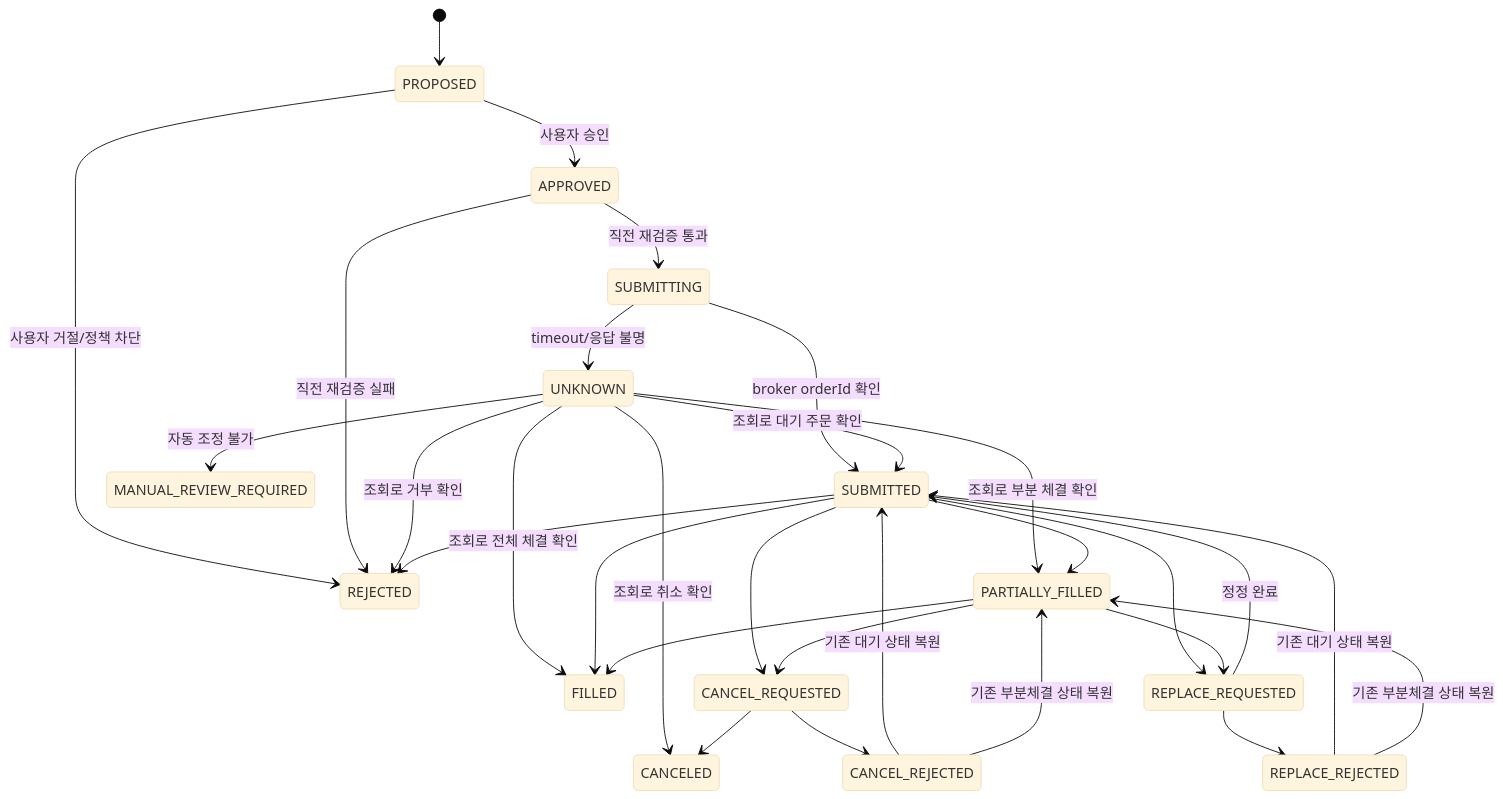
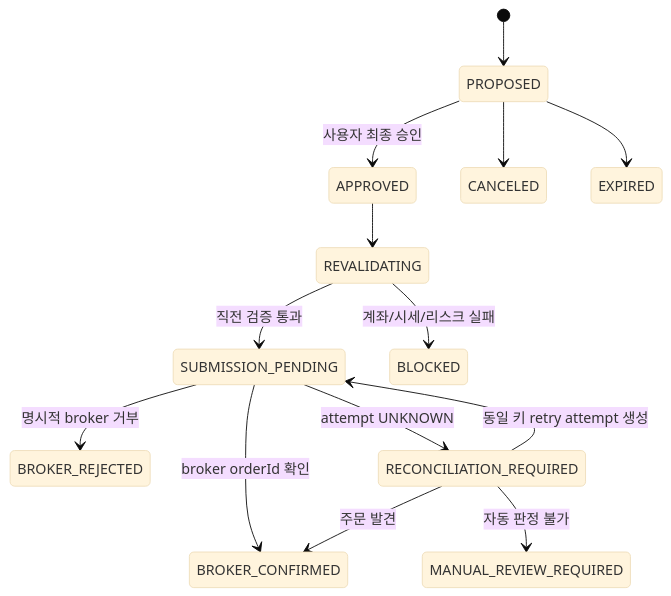
The second of 4 diagrams in docs/superpowers/specs/2026-07-26-us-equity-trading-platform-design.md (jmj732/Toss_Trade_System), drawn with Mermaid (base theme) before and after one commit. The commit also changed other lines of this file, not shown here.

Commit message:
docs: harden live trading order ledger

````diff
--- a/docs/superpowers/specs/2026-07-26-us-equity-trading-platform-design.md
+++ b/docs/superpowers/specs/2026-07-26-us-equity-trading-platform-design.md
@@ -647,32 +772,16 @@
 ```mermaid
 stateDiagram-v2
     [*] --> PROPOSED
-    PROPOSED --> APPROVED: 사용자 승인
-    PROPOSED --> REJECTED: 사용자 거절/정책 차단
-    APPROVED --> SUBMITTING: 직전 재검증 통과
-    APPROVED --> REJECTED: 직전 재검증 실패
-    SUBMITTING --> SUBMITTED: broker orderId 확인
-    SUBMITTING --> UNKNOWN: timeout/응답 불명
-    UNKNOWN --> SUBMITTED: 조회로 대기 주문 확인
-    UNKNOWN --> PARTIALLY_FILLED: 조회로 부분 체결 확인
-    UNKNOWN --> FILLED: 조회로 전체 체결 확인
-    UNKNOWN --> CANCELED: 조회로 취소 확인
-    UNKNOWN --> REJECTED: 조회로 거부 확인
-    UNKNOWN --> MANUAL_REVIEW_REQUIRED: 자동 조정 불가
-    SUBMITTED --> PARTIALLY_FILLED
-    SUBMITTED --> FILLED
-    SUBMITTED --> REJECTED
-    SUBMITTED --> CANCEL_REQUESTED
-    SUBMITTED --> REPLACE_REQUESTED
-    PARTIALLY_FILLED --> FILLED
-    PARTIALLY_FILLED --> CANCEL_REQUESTED
-    PARTIALLY_FILLED --> REPLACE_REQUESTED
-    CANCEL_REQUESTED --> CANCELED
-    CANCEL_REQUESTED --> CANCEL_REJECTED
-    CANCEL_REJECTED --> SUBMITTED: 기존 대기 상태 복원
-    CANCEL_REJECTED --> PARTIALLY_FILLED: 기존 부분체결 상태 복원
-    REPLACE_REQUESTED --> SUBMITTED: 정정 완료
-    REPLACE_REQUESTED --> REPLACE_REJECTED
-    REPLACE_REJECTED --> SUBMITTED: 기존 대기 상태 복원
-    REPLACE_REJECTED --> PARTIALLY_FILLED: 기존 부분체결 상태 복원
+    PROPOSED --> APPROVED: 사용자 최종 승인
+    PROPOSED --> CANCELED
+    PROPOSED --> EXPIRED
+    APPROVED --> REVALIDATING
+    REVALIDATING --> SUBMISSION_PENDING: 직전 검증 통과
+    REVALIDATING --> BLOCKED: 계좌/시세/리스크 실패
+    SUBMISSION_PENDING --> BROKER_CONFIRMED: broker orderId 확인
+    SUBMISSION_PENDING --> BROKER_REJECTED: 명시적 broker 거부
+    SUBMISSION_PENDING --> RECONCILIATION_REQUIRED: attempt UNKNOWN
+    RECONCILIATION_REQUIRED --> BROKER_CONFIRMED: 주문 발견
+    RECONCILIATION_REQUIRED --> SUBMISSION_PENDING: 동일 키 retry attempt 생성
+    RECONCILIATION_REQUIRED --> MANUAL_REVIEW_REQUIRED: 자동 판정 불가
 ```
````
